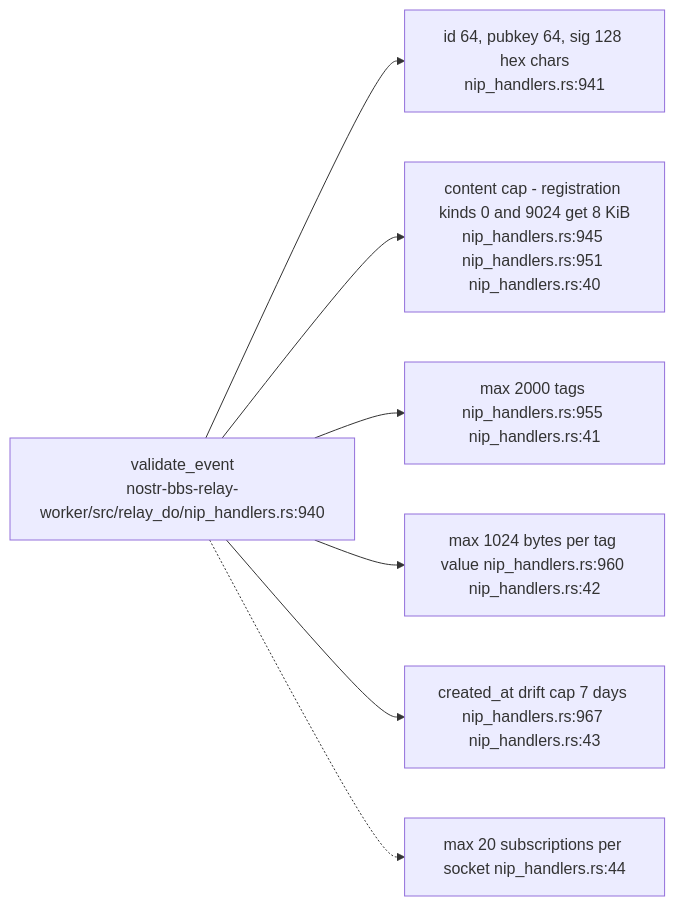
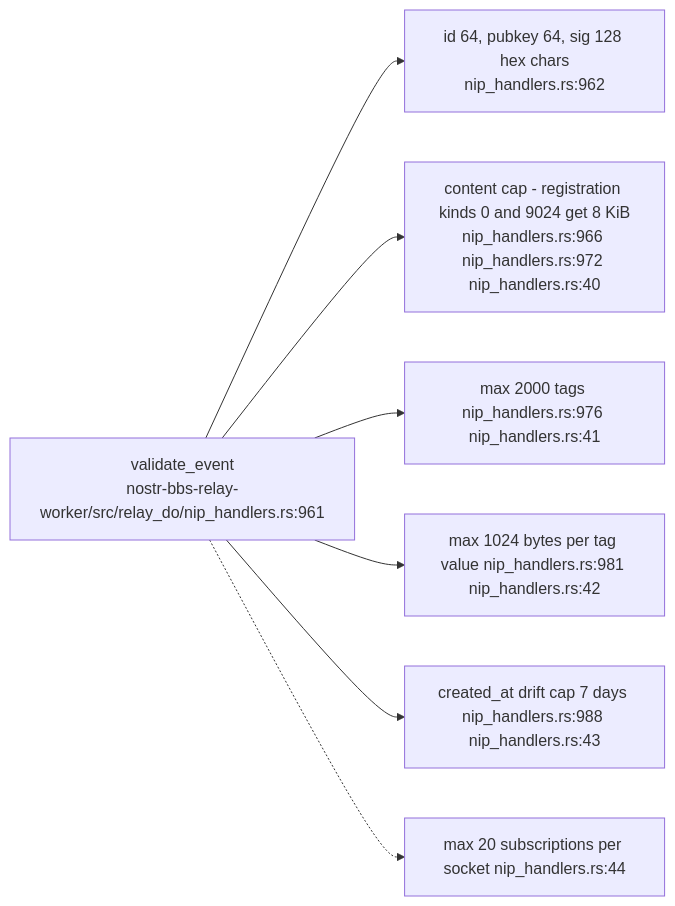
One commit to DreamLab-AI/VisionFlow changed diagram 11 of 13 in docs/diagrams/nostr-rust-forum/03-relay-worker-admission-auth-and-trust.md. Above: the diagram before and after it, drawn with Mermaid. The commit also changed other lines of this file and 51 other files, not shown here.

First line of the commit message:
docs(diagrams): agentbox AB-01..13 re-attested anchor by anchor (980 anchors, 22 defects); checkpoint against an out-of-mesh writer

````diff
--- a/docs/diagrams/nostr-rust-forum/03-relay-worker-admission-auth-and-trust.md
+++ b/docs/diagrams/nostr-rust-forum/03-relay-worker-admission-auth-and-trust.md
@@ -297,13 +297,13 @@
 ```mermaid
 flowchart LR
-    V["validate_event<br/>nostr-bbs-relay-worker/src/relay_do/nip_handlers.rs:940"]
-    L1["id 64, pubkey 64, sig 128 hex chars<br/>nip_handlers.rs:941"]
-    L2["content cap - registration kinds 0 and 9024 get 8 KiB<br/>nip_handlers.rs:945 nip_handlers.rs:951 nip_handlers.rs:40"]
-    L3["max 2000 tags nip_handlers.rs:955 nip_handlers.rs:41"]
-    L4["max 1024 bytes per tag value nip_handlers.rs:960 nip_handlers.rs:42"]
-    L5["created_at drift cap 7 days nip_handlers.rs:967 nip_handlers.rs:43"]
+    V["validate_event<br/>nostr-bbs-relay-worker/src/relay_do/nip_handlers.rs:961"]
+    L1["id 64, pubkey 64, sig 128 hex chars<br/>nip_handlers.rs:962"]
+    L2["content cap - registration kinds 0 and 9024 get 8 KiB<br/>nip_handlers.rs:966 nip_handlers.rs:972 nip_handlers.rs:40"]
+    L3["max 2000 tags nip_handlers.rs:976 nip_handlers.rs:41"]
+    L4["max 1024 bytes per tag value nip_handlers.rs:981 nip_handlers.rs:42"]
+    L5["created_at drift cap 7 days nip_handlers.rs:988 nip_handlers.rs:43"]
     L6["max 20 subscriptions per socket nip_handlers.rs:44"]
 
     V --> L1 & L2 & L3 & L4 & L5
     V -.-> L6
 ```
````
